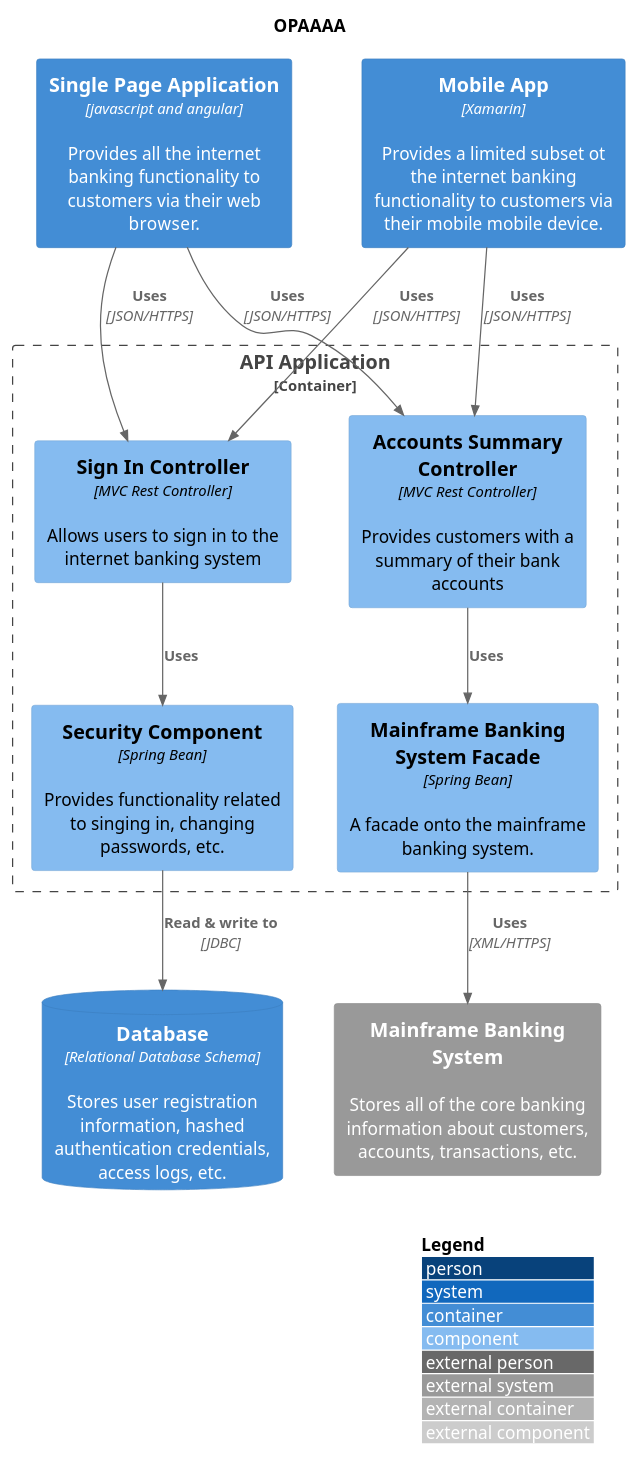
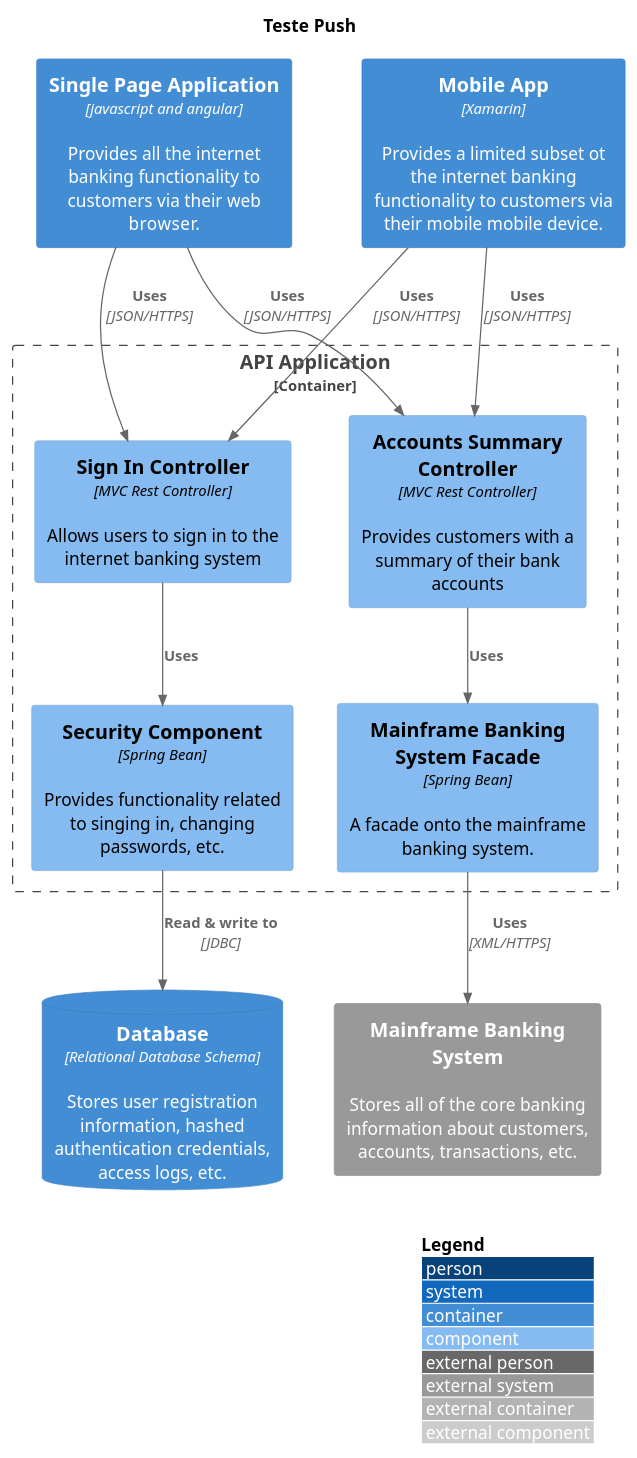
Before and after one commit to pablicio/store-service: the diagram in sophya-docs/code/diagram1.puml, drawn with PlantUML.

```diff
--- a/sophya-docs/code/diagram1.puml
+++ b/sophya-docs/code/diagram1.puml
@@ -1,34 +1,34 @@
 @startuml
 !include https://raw.githubusercontent.com/plantuml-stdlib/C4-PlantUML/master/C4_Component.puml
 ' uncomment the following line and comment the first to use locally
 ' !include C4_Component.puml
 
 LAYOUT_WITH_LEGEND()
 
 
-title OPAAAA
+title Teste Push
 
 Container(spa, "Single Page Application", "javascript and angular", "Provides all the internet banking functionality to customers via their web browser.")
 Container(ma, "Mobile App", "Xamarin", "Provides a limited subset ot the internet banking functionality to customers via their mobile mobile device.")
 ContainerDb(db, "Database", "Relational Database Schema", "Stores user registration information, hashed authentication credentials, access logs, etc.")
 System_Ext(mbs, "Mainframe Banking System", "Stores all of the core banking information about customers, accounts, transactions, etc.")
 
 Container_Boundary(api, "API Application") {
     Component(sign, "Sign In Controller", "MVC Rest Controller", "Allows users to sign in to the internet banking system")
     Component(accounts, "Accounts Summary Controller", "MVC Rest Controller", "Provides customers with a summary of their bank accounts")
     Component(security, "Security Component", "Spring Bean", "Provides functionality related to singing in, changing passwords, etc.")
     Component(mbsfacade, "Mainframe Banking System Facade", "Spring Bean", "A facade onto the mainframe banking system.")
 
 
     Rel(sign, security, "Uses")
     Rel(accounts, mbsfacade, "Uses")
     Rel(security, db, "Read & write to", "JDBC")
     Rel(mbsfacade, mbs, "Uses", "XML/HTTPS")
 }
 
 Rel(spa, sign, "Uses", "JSON/HTTPS")
 Rel(spa, accounts, "Uses", "JSON/HTTPS")
 
 Rel(ma, sign, "Uses", "JSON/HTTPS")
 Rel(ma, accounts, "Uses", "JSON/HTTPS")
 @enduml
```
